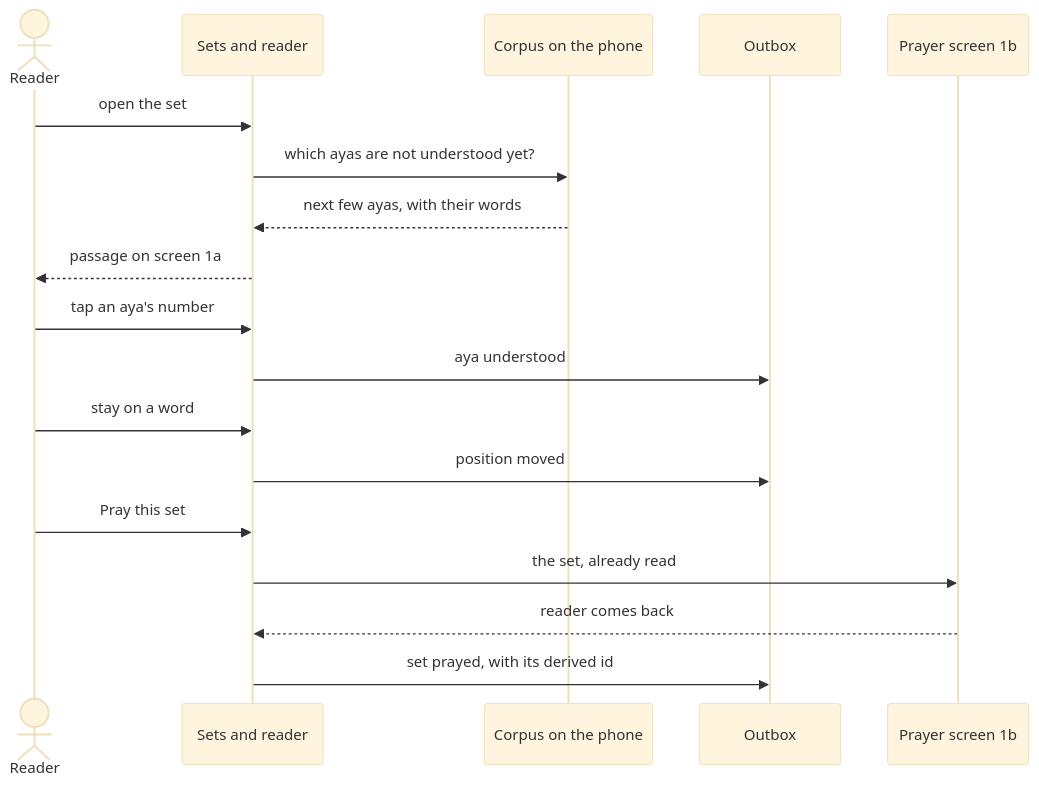
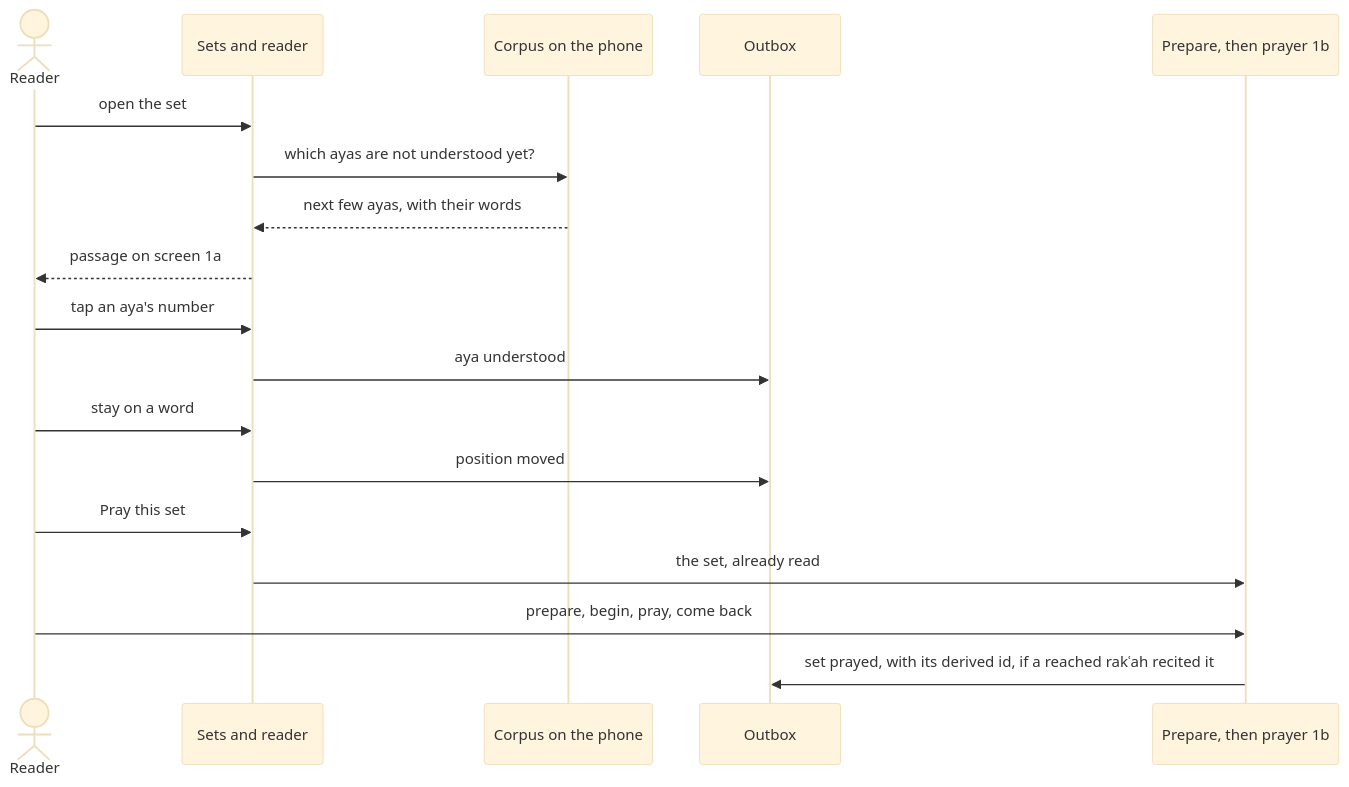
Before and after one commit to MohammadBnei/wird: the first of 6 diagrams in docs/architecture/app/sets-and-reader.md, drawn with Mermaid (base theme). The commit also changed other lines of this file and 15 other files, not shown here.

````diff
--- a/docs/architecture/app/sets-and-reader.md
+++ b/docs/architecture/app/sets-and-reader.md
@@ -13,20 +13,20 @@
 ```mermaid
 sequenceDiagram
   actor R as Reader
   participant S as Sets and reader
   participant C as Corpus on the phone
   participant O as Outbox
-  participant P as Prayer screen 1b
+  participant P as Prepare, then prayer 1b
   R->>S: open the set
   S->>C: which ayas are not understood yet?
   C-->>S: next few ayas, with their words
   S-->>R: passage on screen 1a
   R->>S: tap an aya's number
   S->>O: aya understood
   R->>S: stay on a word
   S->>O: position moved
   R->>S: Pray this set
   S->>P: the set, already read
-  P-->>S: reader comes back
-  S->>O: set prayed, with its derived id
+  R->>P: prepare, begin, pray, come back
+  P->>O: set prayed, with its derived id, if a reached rakʿah recited it
 ```
````
